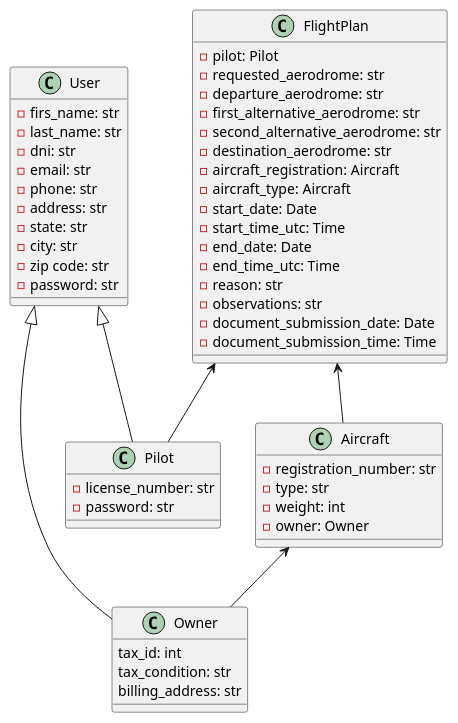
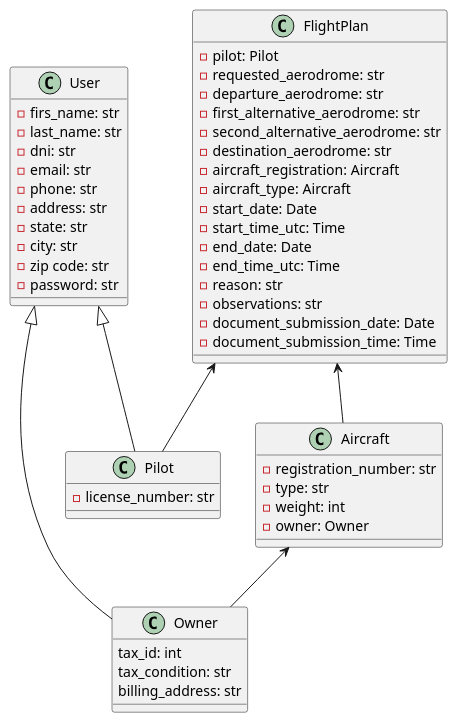
Before and after one commit to Facumerino03/Jetpass: the diagram in docs/class.puml, drawn with PlantUML. The commit also changed 9 other files, not shown here.

```diff
--- a/docs/class.puml
+++ b/docs/class.puml
@@ -1,60 +1,59 @@
 @startuml class
 
 class User {
     - firs_name: str
     - last_name: str
     - dni: str
     - email: str
     - phone: str
     - address: str
     - state: str
     - city: str
     - zip code: str
     - password: str
 }
 
 class Pilot extends User {
     - license_number: str
-    - password: str
 }
 
 class Owner extends User{
     tax_id: int
     tax_condition: str
     billing_address: str
 }
 
 class Aircraft {
     - registration_number: str
     - type: str
     - weight: int
     - owner: Owner
 }
 
 class FlightPlan {
     - pilot: Pilot
     - requested_aerodrome: str
     - departure_aerodrome: str
     - first_alternative_aerodrome: str
     - second_alternative_aerodrome: str
     - destination_aerodrome: str
     - aircraft_registration: Aircraft
     - aircraft_type: Aircraft
     - start_date: Date
     - start_time_utc: Time
     - end_date: Date
     - end_time_utc: Time
     - reason: str
     - observations: str
     - document_submission_date: Date
     - document_submission_time: Time
 }
 
 
 
 
 Aircraft <-- Owner
 FlightPlan <-- Pilot
 FlightPlan <-- Aircraft
 
 @enduml
```
